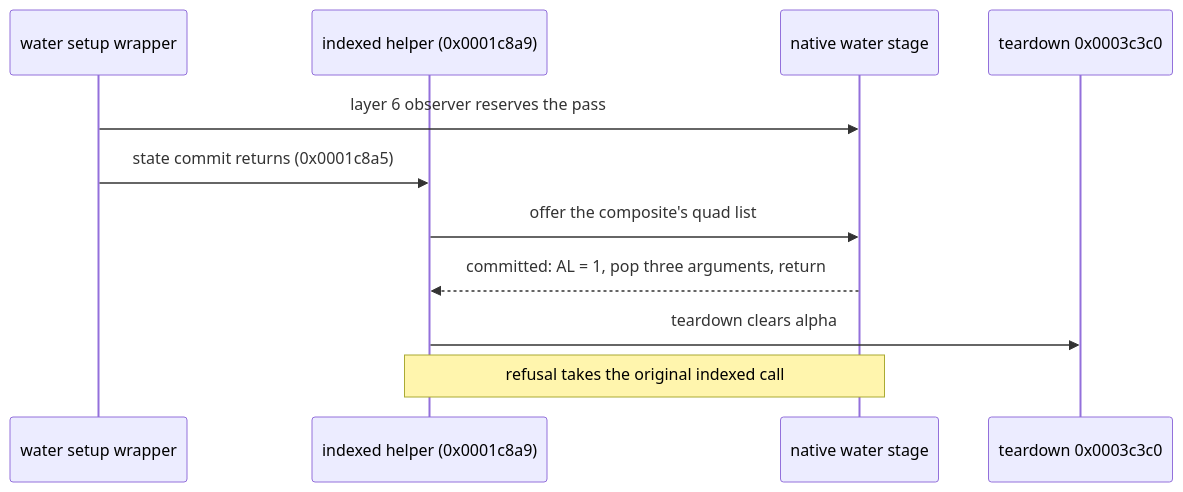
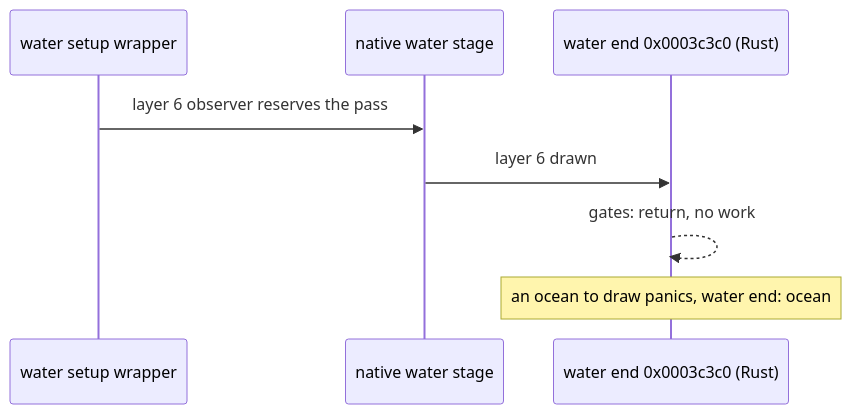
The second of 2 diagrams in docs/graphics/native-water-fog.md (0xdeafcafe/h2r), drawn with Mermaid before and after one commit. The commit also changed other lines of this file and 13 other files, not shown here.

First line of the commit message:
water end: 0x0003c3c0 in Rust, its gates native, the ocean a named panic

````diff
--- a/docs/graphics/native-water-fog.md
+++ b/docs/graphics/native-water-fog.md
@@ -197,13 +197,10 @@
 ```mermaid
 sequenceDiagram
   participant W as water setup wrapper
-  participant H as indexed helper (0x0001c8a9)
   participant N as native water stage
-  participant T as teardown 0x0003c3c0
+  participant T as water end 0x0003c3c0 (Rust)
   W->>N: layer 6 observer reserves the pass
-  W->>H: state commit returns (0x0001c8a5)
-  H->>N: offer the composite's quad list
-  N-->>H: committed: AL = 1, pop three arguments, return
-  H->>T: teardown clears alpha
-  Note over H,N: refusal takes the original indexed call
+  N->>T: layer 6 drawn
+  T-->>T: gates: return, no work
+  Note over T: an ocean to draw panics, water end: ocean
 ```
````
